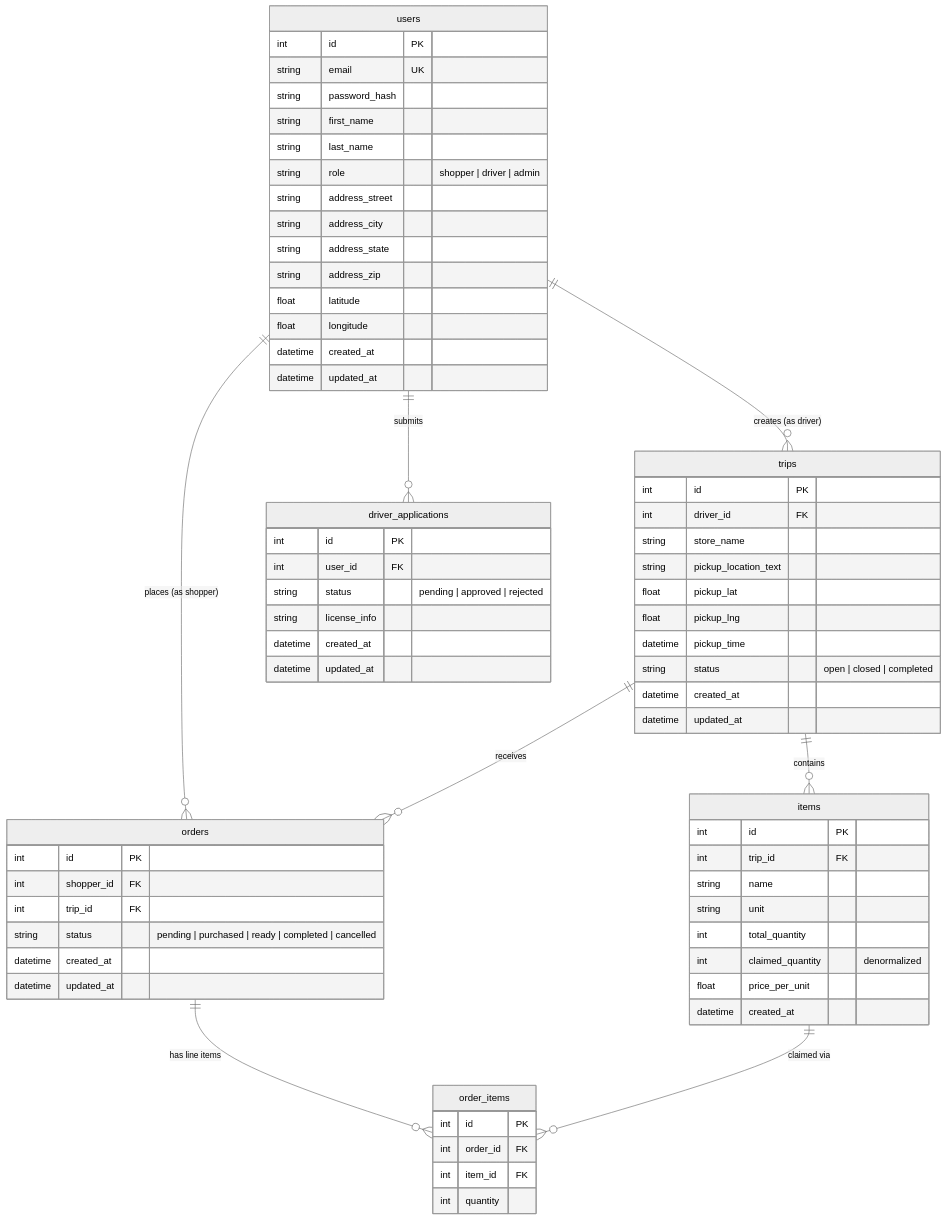
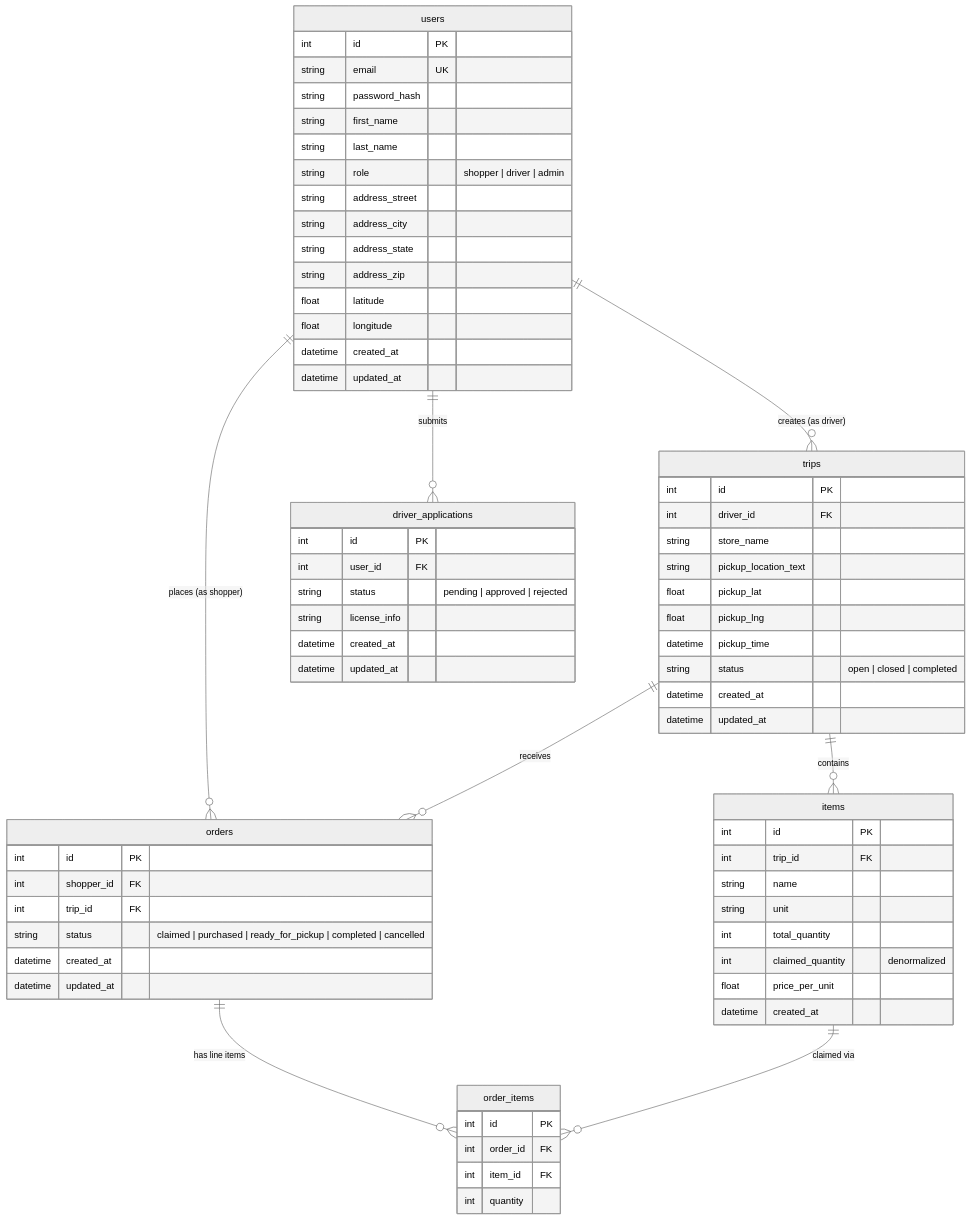
The diagram in docs/DATABASE.md (Temilola23/CS162-Bulk-Buddy), drawn with Mermaid (neutral theme) before and after one commit. The commit also changed other lines of this file and 1 other file, not shown here.

````diff
--- a/docs/DATABASE.md
+++ b/docs/DATABASE.md
@@ -19,76 +19,76 @@
 ```mermaid
 erDiagram
     users ||--o{ trips : "creates (as driver)"
     users ||--o{ orders : "places (as shopper)"
     users ||--o{ driver_applications : "submits"
     trips ||--o{ items : "contains"
     trips ||--o{ orders : "receives"
     orders ||--o{ order_items : "has line items"
     items ||--o{ order_items : "claimed via"
 
     users {
         int id PK
         string email UK
         string password_hash
         string first_name
         string last_name
         string role "shopper | driver | admin"
         string address_street
         string address_city
         string address_state
         string address_zip
         float latitude
         float longitude
         datetime created_at
         datetime updated_at
     }
 
     trips {
         int id PK
         int driver_id FK
         string store_name
         string pickup_location_text
         float pickup_lat
         float pickup_lng
         datetime pickup_time
         string status "open | closed | completed"
         datetime created_at
         datetime updated_at
     }
 
     items {
         int id PK
         int trip_id FK
         string name
         string unit
         int total_quantity
         int claimed_quantity "denormalized"
         float price_per_unit
         datetime created_at
     }
 
     orders {
         int id PK
         int shopper_id FK
         int trip_id FK
-        string status "pending | purchased | ready | completed | cancelled"
+        string status "claimed | purchased | ready_for_pickup | completed | cancelled"
         datetime created_at
         datetime updated_at
     }
 
     order_items {
         int id PK
         int order_id FK
         int item_id FK
         int quantity
     }
 
     driver_applications {
         int id PK
         int user_id FK
         string status "pending | approved | rejected"
         string license_info
         datetime created_at
         datetime updated_at
     }
 ```
````
